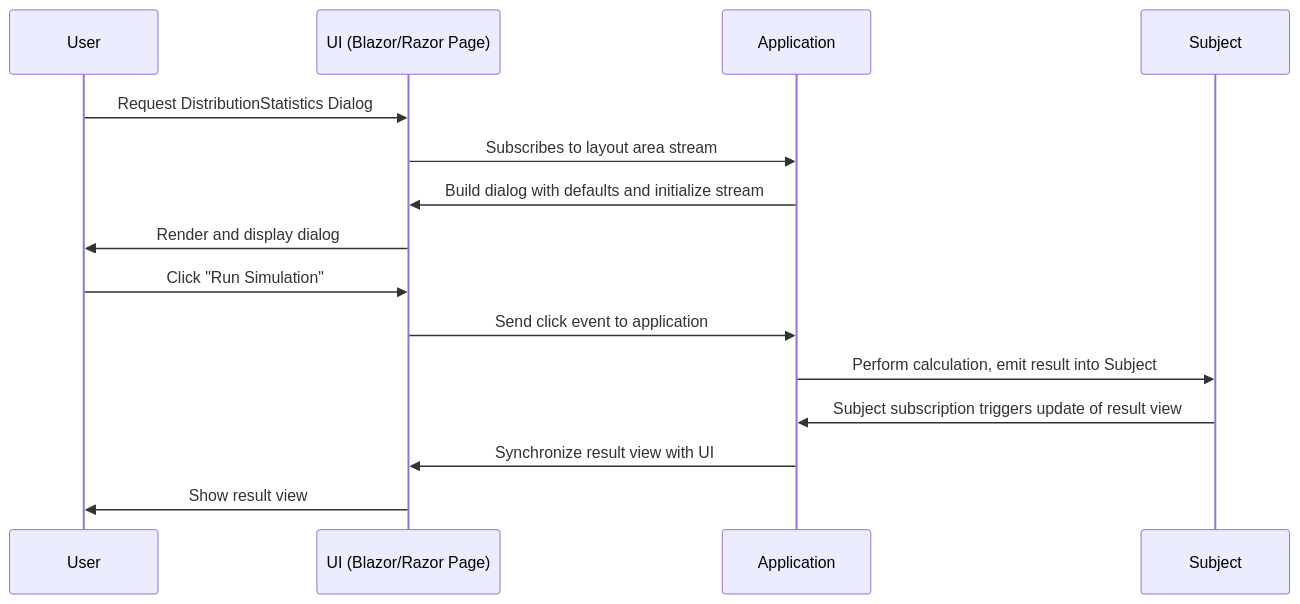
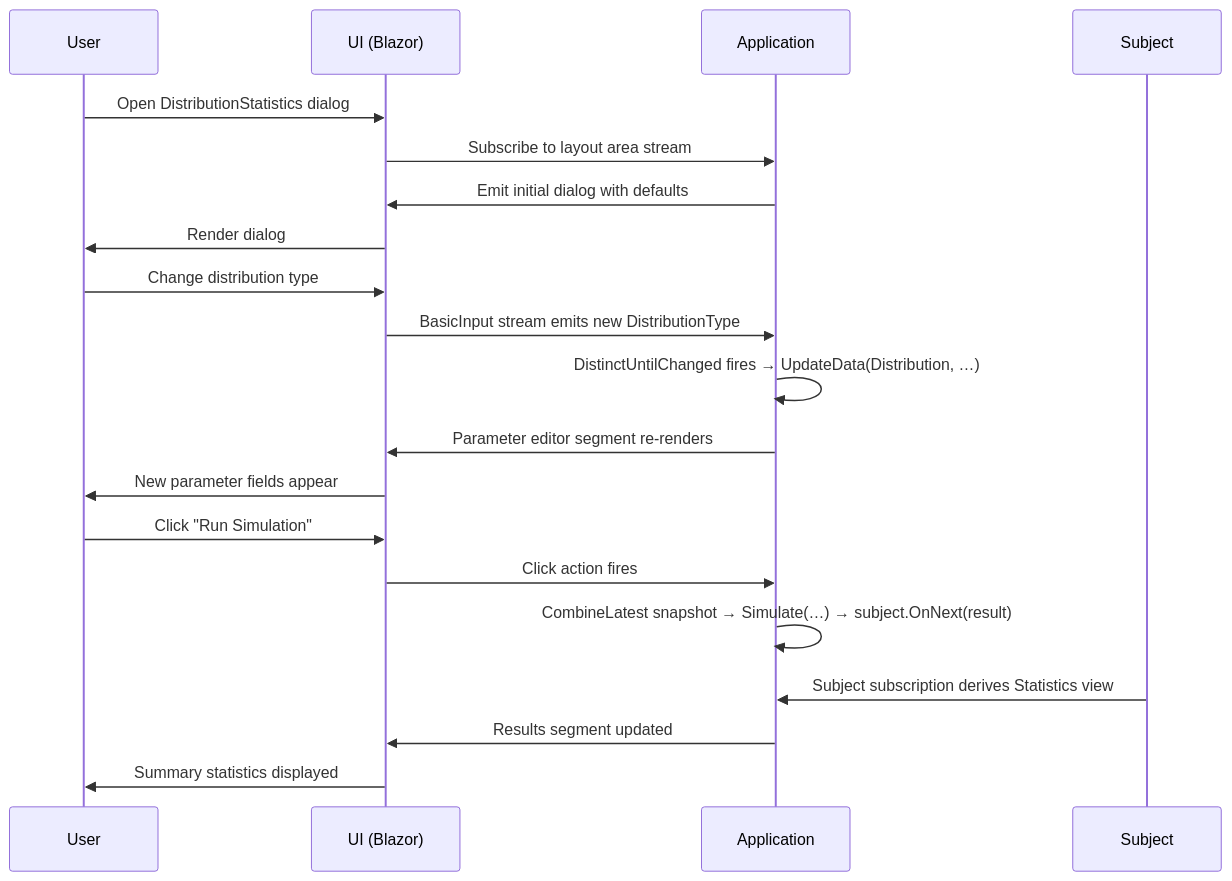
The diagram in src/MeshWeaver.Documentation/Data/GUI/ReactiveDialogs.md (Systemorph/MeshWeaver), drawn with Mermaid before and after one commit. The commit also changed other lines of this file and 111 other files, not shown here.

````diff
--- a/src/MeshWeaver.Documentation/Data/GUI/ReactiveDialogs.md
+++ b/src/MeshWeaver.Documentation/Data/GUI/ReactiveDialogs.md
@@ -154,18 +163,25 @@
 ```mermaid
 sequenceDiagram
     participant U as User
-    participant UI as UI (Blazor/Razor Page)
+    participant UI as UI (Blazor)
     participant APP as Application
     participant S as Subject
 
-    U->>UI: Request DistributionStatistics Dialog
-    UI->>APP: Subscribes to layout area stream
-    APP->>UI: Build dialog with defaults and initialize stream
-    UI->>U: Render and display dialog
+    U->>UI: Open DistributionStatistics dialog
+    UI->>APP: Subscribe to layout area stream
+    APP->>UI: Emit initial dialog with defaults
+    UI->>U: Render dialog
+
+    U->>UI: Change distribution type
+    UI->>APP: BasicInput stream emits new DistributionType
+    APP->>APP: DistinctUntilChanged fires → UpdateData(Distribution, …)
+    APP->>UI: Parameter editor segment re-renders
+    UI->>U: New parameter fields appear
+
     U->>UI: Click "Run Simulation"
-    UI->>APP: Send click event to application
-    APP->>S: Perform calculation, emit result into Subject
-    S->>APP: Subject subscription triggers update of result view
-    APP->>UI: Synchronize result view with UI
-    UI->>U: Show result view
+    UI->>APP: Click action fires
+    APP->>APP: CombineLatest snapshot → Simulate(…) → subject.OnNext(result)
+    S->>APP: Subject subscription derives Statistics view
+    APP->>UI: Results segment updated
+    UI->>U: Summary statistics displayed
 ```
````
